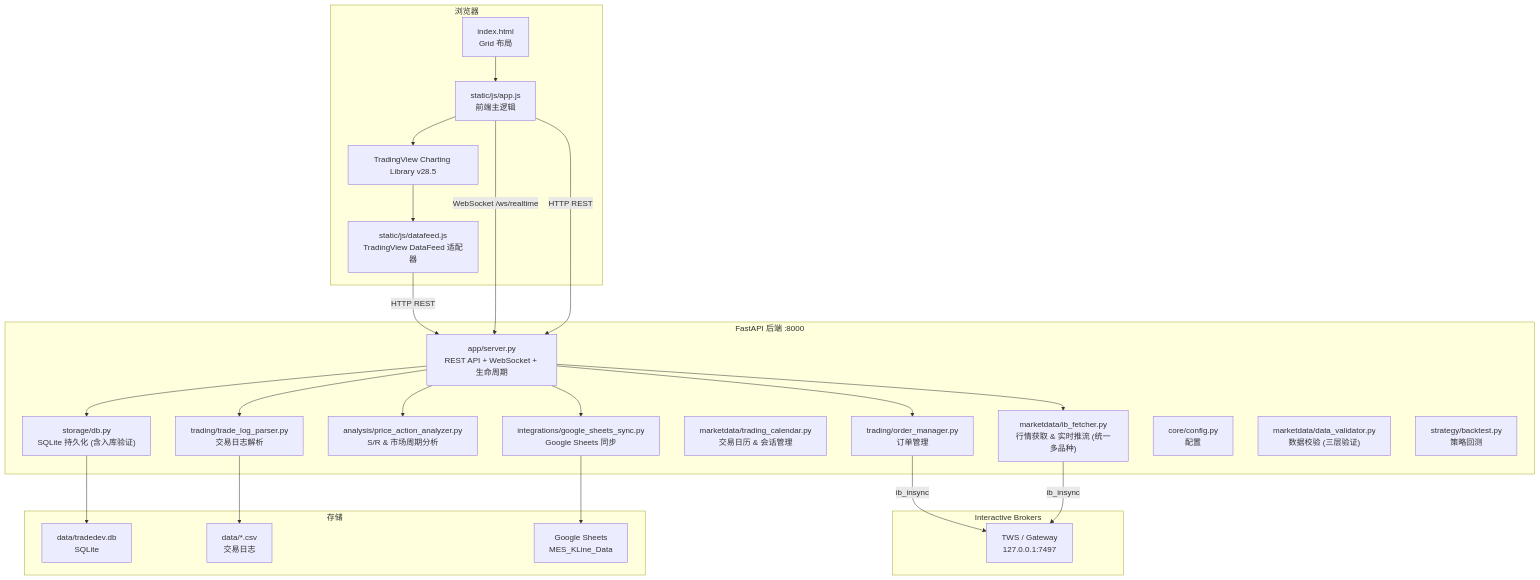
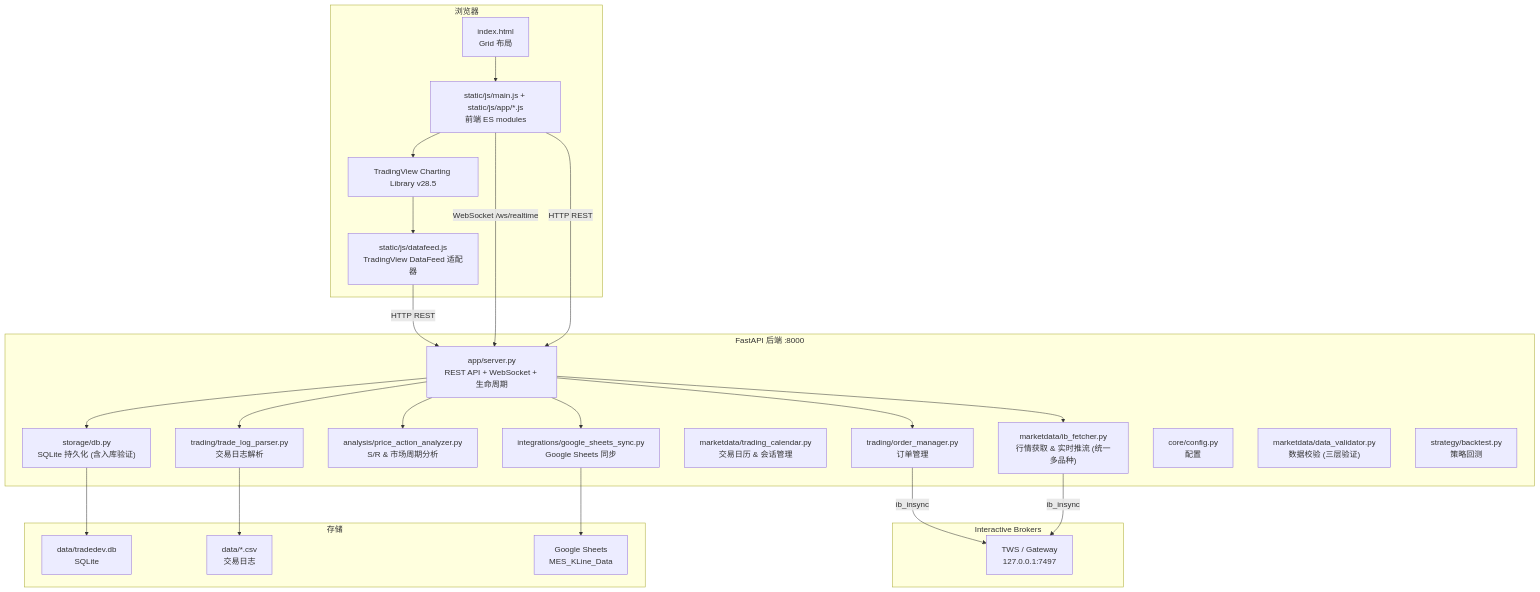
One commit to ditto0907/TradeDev changed the first of 7 diagrams in priceaction/README.md. Above: the diagram before and after it, drawn with Mermaid. The commit also changed other lines of this file and 28 other files, not shown here.

````diff
--- a/priceaction/README.md
+++ b/priceaction/README.md
@@ -9,53 +9,53 @@
 ```mermaid
 graph TB
     subgraph Browser["浏览器"]
         UI["index.html<br/>Grid 布局"]
-        APP["static/js/app.js<br/>前端主逻辑"]
+        APP["static/js/main.js + static/js/app/*.js<br/>前端 ES modules"]
         DF["static/js/datafeed.js<br/>TradingView DataFeed 适配器"]
         TV["TradingView Charting Library v28.5"]
     end
 
     subgraph Backend["FastAPI 后端 :8000"]
         SRV["app/server.py<br/>REST API + WebSocket + 生命周期"]
         OM["trading/order_manager.py<br/>订单管理"]
         IDF["marketdata/ib_fetcher.py<br/>行情获取 & 实时推流 (统一多品种)"]
         PA["analysis/price_action_analyzer.py<br/>S/R & 市场周期分析"]
         DB["storage/db.py<br/>SQLite 持久化 (含入库验证)"]
         TC["marketdata/trading_calendar.py<br/>交易日历 & 会话管理"]
         GS["integrations/google_sheets_sync.py<br/>Google Sheets 同步"]
         TLP["trading/trade_log_parser.py<br/>交易日志解析"]
         CFG["core/config.py<br/>配置"]
         DV2["marketdata/data_validator.py<br/>数据校验 (三层验证)"]
         SB2["strategy/backtest.py<br/>策略回测"]
     end
 
     subgraph IB["Interactive Brokers"]
         TWS["TWS / Gateway<br/>127.0.0.1:7497"]
     end
 
     subgraph Storage["存储"]
         SQLite["data/tradedev.db<br/>SQLite"]
         CSV["data/*.csv<br/>交易日志"]
         GSHEET["Google Sheets<br/>MES_KLine_Data"]
     end
 
     UI --> APP
     APP --> TV
     TV --> DF
     DF -->|"HTTP REST"| SRV
     APP -->|"WebSocket /ws/realtime"| SRV
     APP -->|"HTTP REST"| SRV
 
     SRV --> OM
     SRV --> IDF
     SRV --> PA
     SRV --> DB
     SRV --> GS
     SRV --> TLP
 
     OM -->|"ib_insync"| TWS
     IDF -->|"ib_insync"| TWS
     DB --> SQLite
     TLP --> CSV
     GS --> GSHEET
 ```
````
